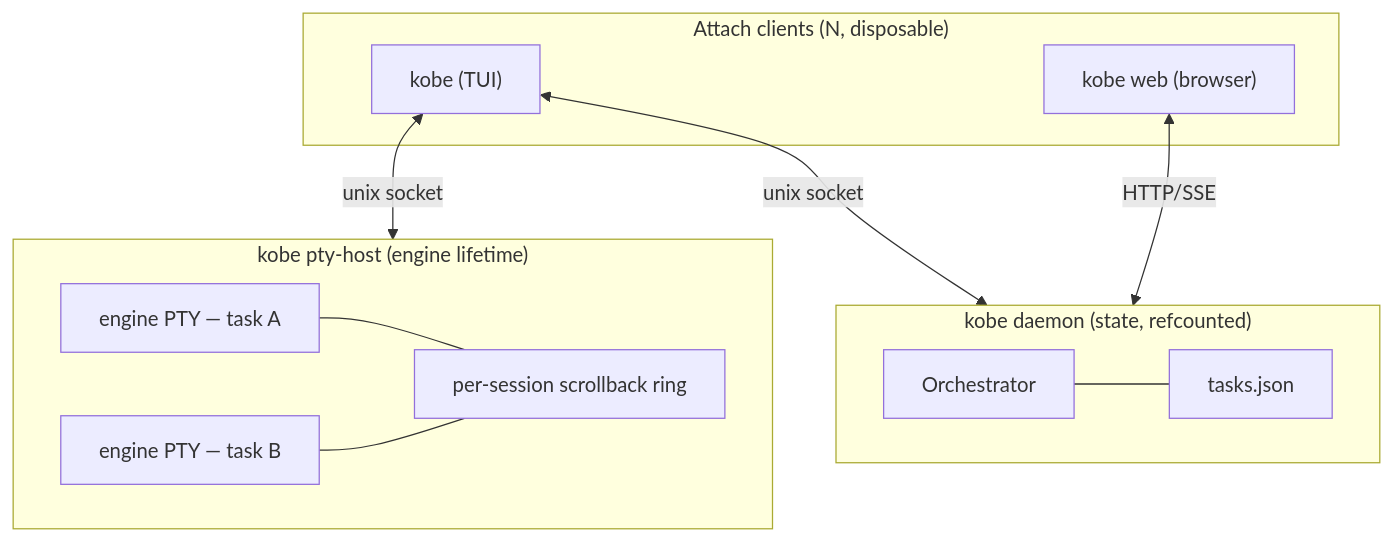
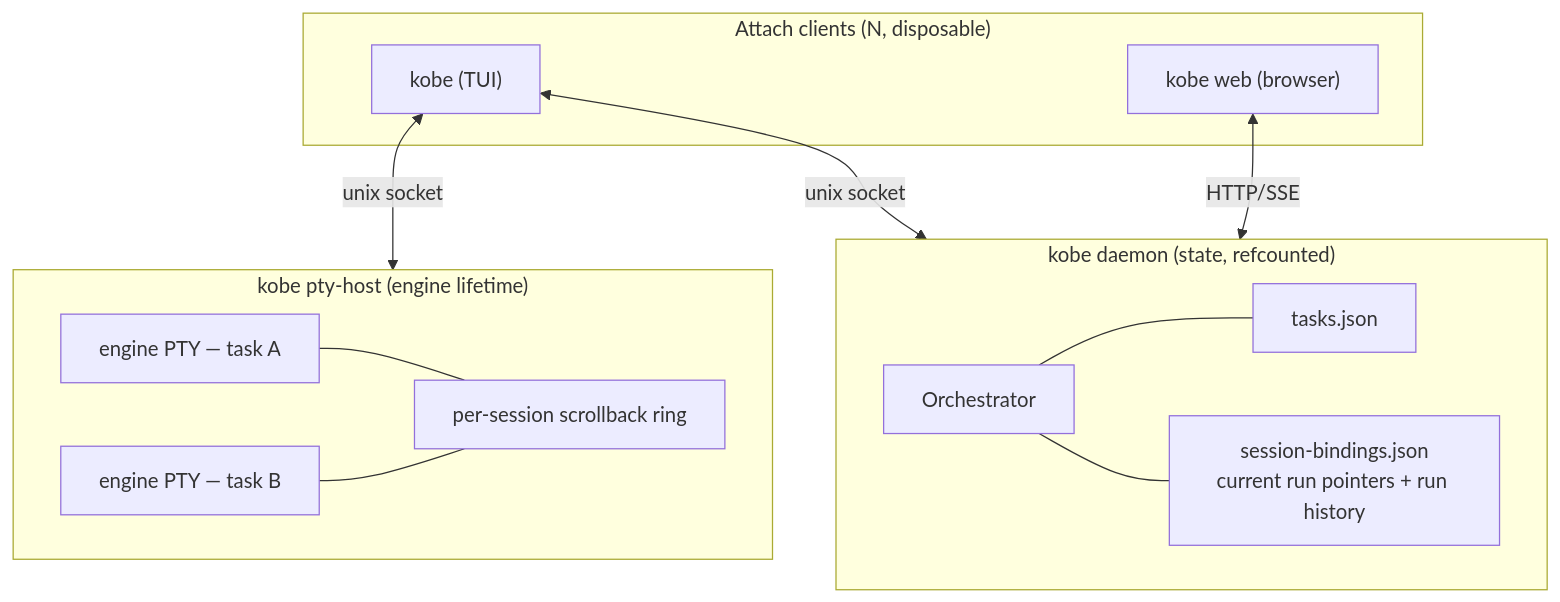
Before and after one commit to Sma1lboy/kobe: the diagram in docs/SESSIONS.md, drawn with Mermaid. The commit also changed other lines of this file and 74 other files, not shown here.

````diff
--- a/docs/SESSIONS.md
+++ b/docs/SESSIONS.md
@@ -6,22 +6,24 @@
 ```mermaid
 flowchart TB
   subgraph clients["Attach clients (N, disposable)"]
     tui["kobe (TUI)"]
     web["kobe web (browser)"]
   end
   subgraph daemon["kobe daemon (state, refcounted)"]
     orch[Orchestrator]
     idx["tasks.json"]
+    bindings["session-bindings.json<br/>current run pointers + run history"]
   end
   subgraph host["kobe pty-host (engine lifetime)"]
     p1["engine PTY — task A"]
     p2["engine PTY — task B"]
     ring["per-session scrollback ring"]
   end
   tui <-->|unix socket| daemon
   web <-->|HTTP/SSE| daemon
   tui <-->|unix socket| host
   orch --- idx
+  orch --- bindings
   p1 --- ring
   p2 --- ring
 ```
````
